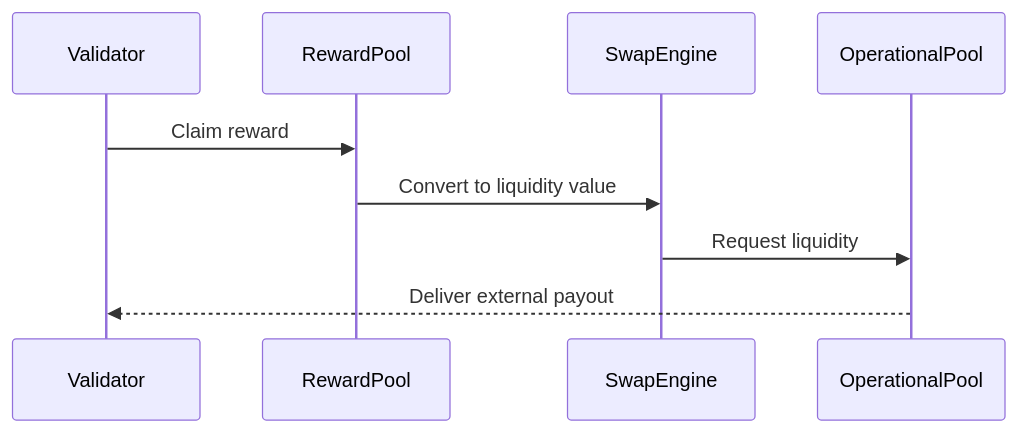
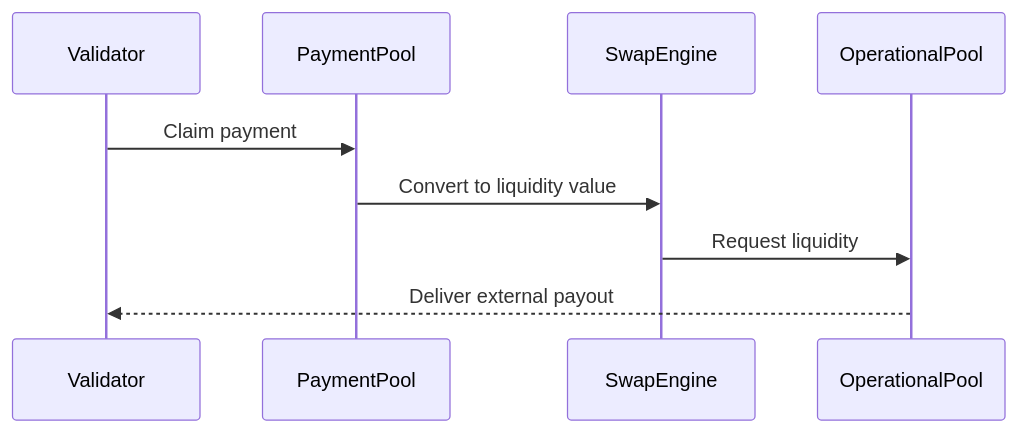
The diagram in 04_aros_value_circulation/liquidity_pool_mechanism.md (Aros-Technology-Studio/AST-Aros-Financial-Paradigm), drawn with Mermaid before and after one commit. The commit also changed 29 other files, not shown here.

````diff
--- a/04_aros_value_circulation/liquidity_pool_mechanism.md
+++ b/04_aros_value_circulation/liquidity_pool_mechanism.md
@@ -59,12 +59,12 @@
 ```mermaid
 sequenceDiagram
     participant Validator
-    participant RewardPool
+    participant PaymentPool
     participant SwapEngine
     participant OperationalPool
 
-    Validator->>RewardPool: Claim reward
-    RewardPool->>SwapEngine: Convert to liquidity value
+    Validator->>PaymentPool: Claim payment
+    PaymentPool->>SwapEngine: Convert to liquidity value
     SwapEngine->>OperationalPool: Request liquidity
     OperationalPool-->>Validator: Deliver external payout
 ```
````
